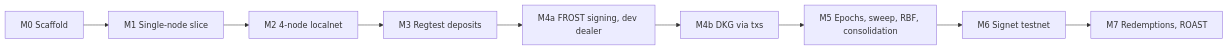
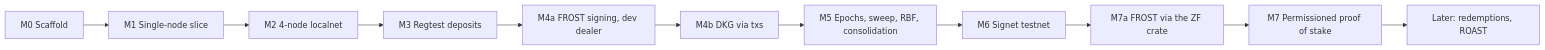
One commit to logicvoid0x/keystone changed the sixth of 6 diagrams in docs/design.md. Above: the diagram before and after it, drawn with Mermaid. The commit also changed other lines of this file, not shown here.

First line of the commit message:
docs: design describes the permissioned proof-of-stake chain

````diff
--- a/docs/design.md
+++ b/docs/design.md
@@ -1588,11 +1600,13 @@
 ```mermaid
 flowchart LR
   M0[M0 Scaffold] --> M1[M1 Single-node slice]
   M1 --> M2[M2 4-node localnet]
   M2 --> M3[M3 Regtest deposits]
   M3 --> M4a[M4a FROST signing, dev dealer]
   M4a --> M4b[M4b DKG via txs]
   M4b --> M5[M5 Epochs, sweep, RBF, consolidation]
   M5 --> M6[M6 Signet testnet]
-  M6 --> M7[M7 Redemptions, ROAST]
+  M6 --> M7a[M7a FROST via the ZF crate]
+  M7a --> M7[M7 Permissioned proof of stake]
+  M7 --> L[Later: redemptions, ROAST]
 ```
````
